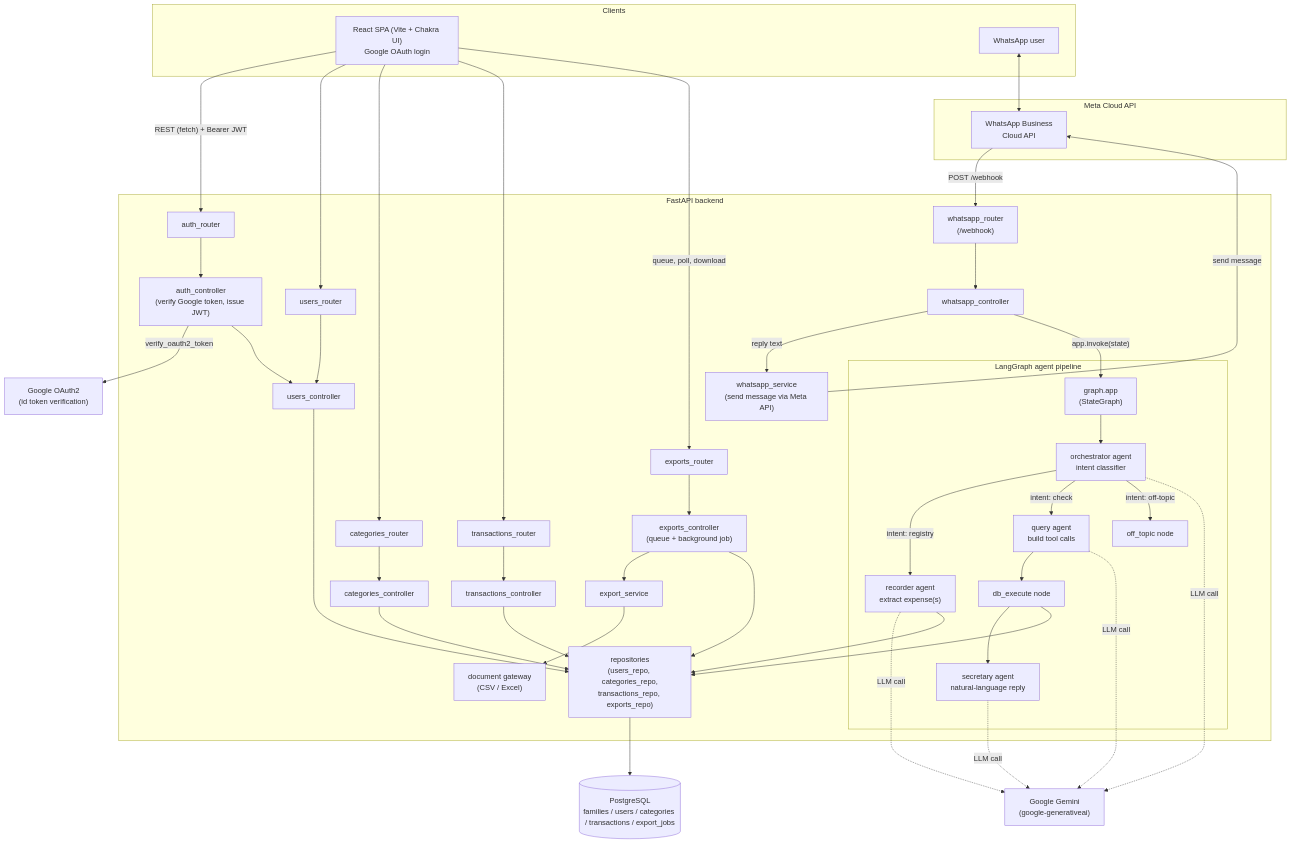
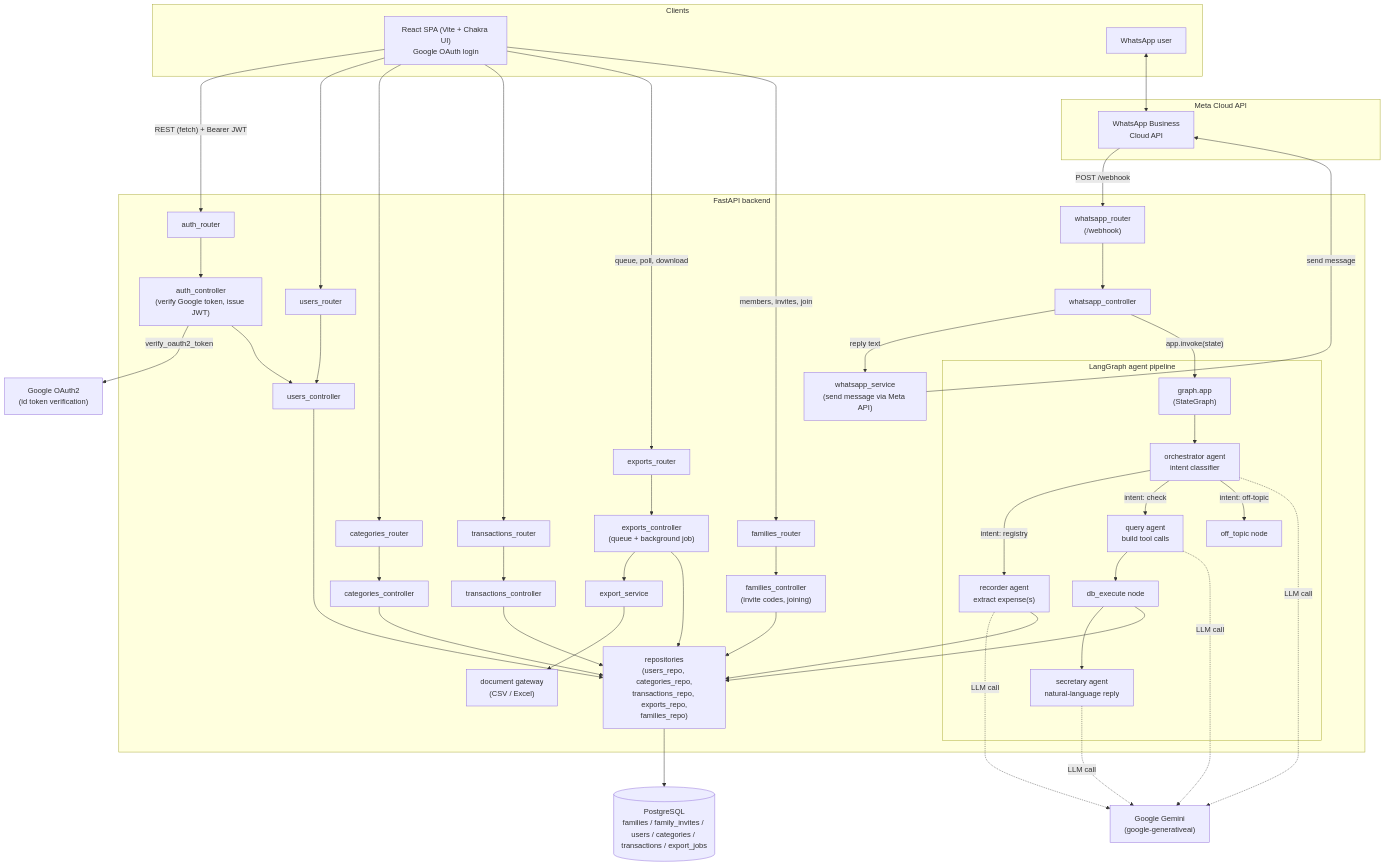
Before and after one commit to lucabattesini/money-budget: the first of 4 diagrams in docs/SYSTEM_DESIGN.md, drawn with Mermaid. The commit also changed other lines of this file, not shown here.

Commit message:
MB-0016 docs: describe roles, invite codes and joining in the system design

````diff
--- a/docs/SYSTEM_DESIGN.md
+++ b/docs/SYSTEM_DESIGN.md
@@ -28,6 +28,7 @@
         CatR["categories_router"]
         TxR["transactions_router"]
         ExR["exports_router"]
+        FamR["families_router"]
         WAR["whatsapp_router\n(/webhook)"]
 
         AuthC["auth_controller\n(verify Google token, issue JWT)"]
@@ -35,10 +36,11 @@
         CatC["categories_controller"]
         TxC["transactions_controller"]
         ExC["exports_controller\n(queue + background job)"]
+        FamC["families_controller\n(invite codes, joining)"]
         WAC["whatsapp_controller"]
         WAS["whatsapp_service\n(send message via Meta API)"]
 
-        Repos["repositories\n(users_repo, categories_repo,\ntransactions_repo, exports_repo)"]
+        Repos["repositories\n(users_repo, categories_repo,\ntransactions_repo, exports_repo,\nfamilies_repo)"]
         ExS["export_service"]
         DocGW["document gateway\n(CSV / Excel)"]
 
@@ -53,7 +55,7 @@
         end
     end
 
-    DB[("PostgreSQL\nfamilies / users / categories / transactions / export_jobs")]
+    DB[("PostgreSQL\nfamilies / family_invites / users / categories / transactions / export_jobs")]
     Gemini["Google Gemini\n(google-generativeai)"]
     GoogleOAuth["Google OAuth2\n(id token verification)"]
 
@@ -62,6 +64,7 @@
     Web --> CatR
     Web --> TxR
     Web -- "queue, poll, download" --> ExR
+    Web -- "members, invites, join" --> FamR
 
     WA <--> WAAPI
     WAAPI -- "POST /webhook" --> WAR
@@ -76,6 +79,7 @@
     CatR --> CatC
     TxR --> TxC
     ExR --> ExC
+    FamR --> FamC
     ExC --> ExS
     ExS --> DocGW
 
@@ -98,6 +102,7 @@
     CatC --> Repos
     TxC --> Repos
     ExC --> Repos
+    FamC --> Repos
 
     Repos --> DB
 ```
````
